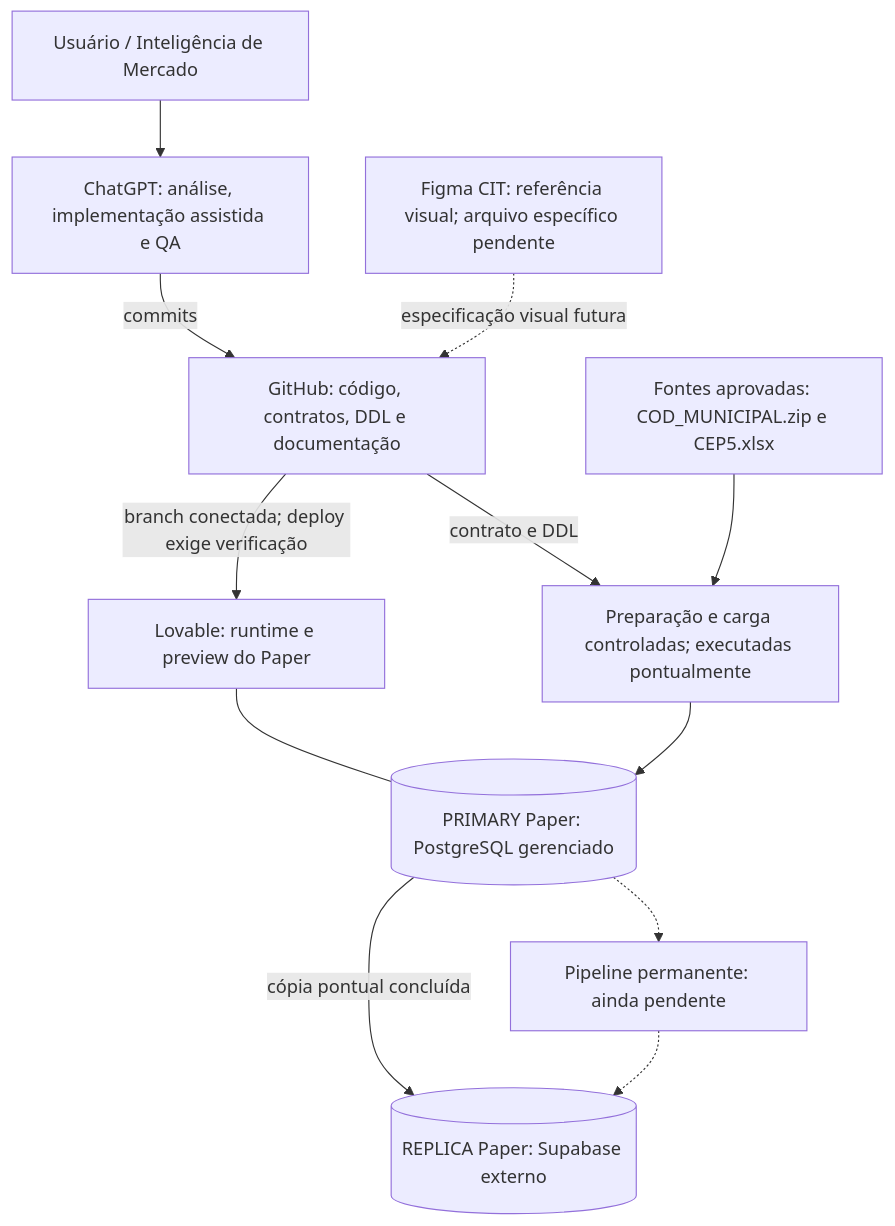
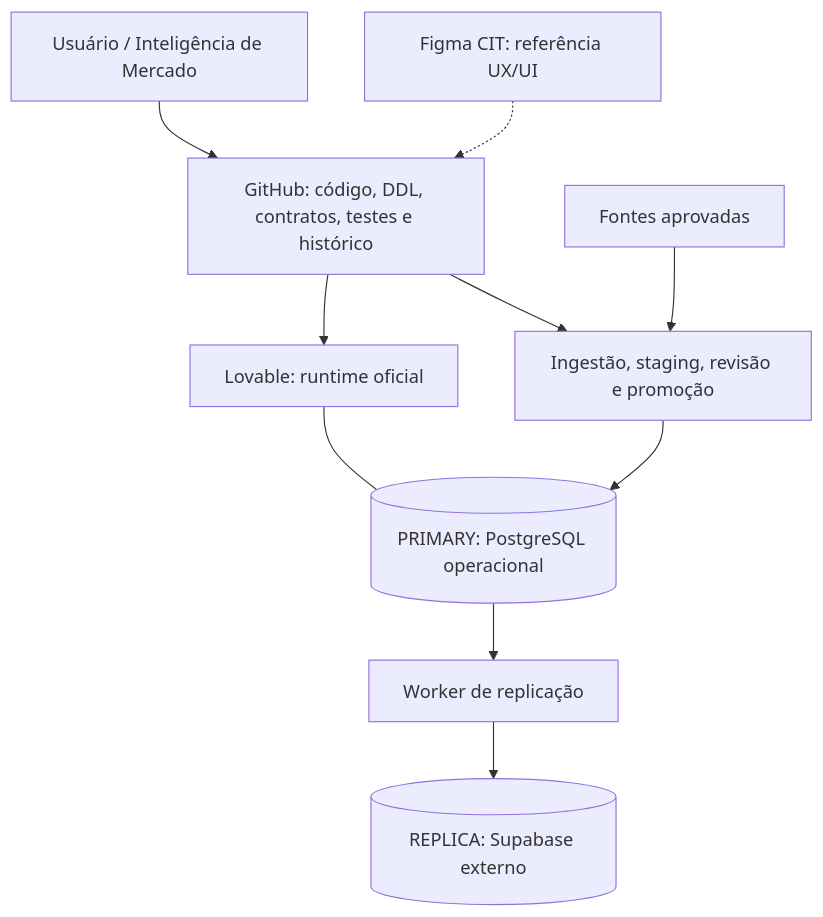
One commit to Kaue-EDBS/papercomercialv2 changed the first of 2 diagrams in docs/architecture/mapa-cit-paper-v2.md. Above: the diagram before and after it, drawn with Mermaid. The commit also changed other lines of this file, not shown here.

Commit message:
docs: atualizar mapa completo de engenharia do CIT V2

````diff
--- a/docs/architecture/mapa-cit-paper-v2.md
+++ b/docs/architecture/mapa-cit-paper-v2.md
@@ -27,24 +45,22 @@
 ```mermaid
 flowchart TB
     U["Usuário / Inteligência de Mercado"]
-    A["ChatGPT: análise, implementação assistida e QA"]
-    G["GitHub: código, contratos, DDL e documentação"]
-    F["Figma CIT: referência visual; arquivo específico pendente"]
-    L["Lovable: runtime e preview do Paper"]
-    P[("PRIMARY Paper: PostgreSQL gerenciado")]
-    R[("REPLICA Paper: Supabase externo")]
-    S["Fontes aprovadas: COD_MUNICIPAL.zip e CEP5.xlsx"]
-    Q["Preparação e carga controladas; executadas pontualmente"]
-    N["Pipeline permanente: ainda pendente"]
-    U --> A
-    A -->|"commits"| G
-    F -.->|"especificação visual futura"| G
-    G -->|"branch conectada; deploy exige verificação"| L
+    G["GitHub: código, DDL, contratos, testes e histórico"]
+    F["Figma CIT: referência UX/UI"]
+    L["Lovable: runtime oficial"]
+    P[("PRIMARY: PostgreSQL operacional")]
+    R[("REPLICA: Supabase externo")]
+    S["Fontes aprovadas"]
+    I["Ingestão, staging, revisão e promoção"]
+    W["Worker de replicação"]
+
+    U --> G
+    F -.-> G
+    G --> L
     L --- P
-    S --> Q
-    G -->|"contrato e DDL"| Q
-    Q --> P
-    P -->|"cópia pontual concluída"| R
-    P -.-> N
-    N -.-> R
+    S --> I
+    G --> I
+    I --> P
+    P --> W
+    W --> R
 ```
````
